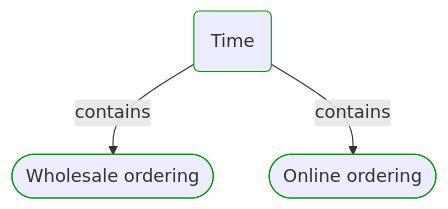
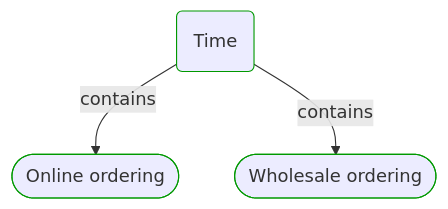
Before and after one commit to itlibrium/DDD-starter-dotnet: the second of 5 diagrams in Docs/P3/MermaidOutput/Modules/Sales/Time/Time.md, drawn with Mermaid. The commit also changed 78 other files, not shown here.

````diff
--- a/Docs/P3/MermaidOutput/Modules/Sales/Time/Time.md
+++ b/Docs/P3/MermaidOutput/Modules/Sales/Time/Time.md
@@ -34,14 +34,14 @@
 ```mermaid
   flowchart TB
     0(Time)
     class 0 DomainPerspective
-    1([Wholesale ordering])
+    1([Online ordering])
     class 1 DomainPerspective
     0-->|contains|1
-    2([Online ordering])
+    2([Wholesale ordering])
     class 2 DomainPerspective
     0-->|contains|2
     classDef DomainPerspective stroke:#009900
     classDef TechnologyPerspective stroke:#1F41EB
     classDef PeoplePerspective stroke:#FFF014
 ```
````
